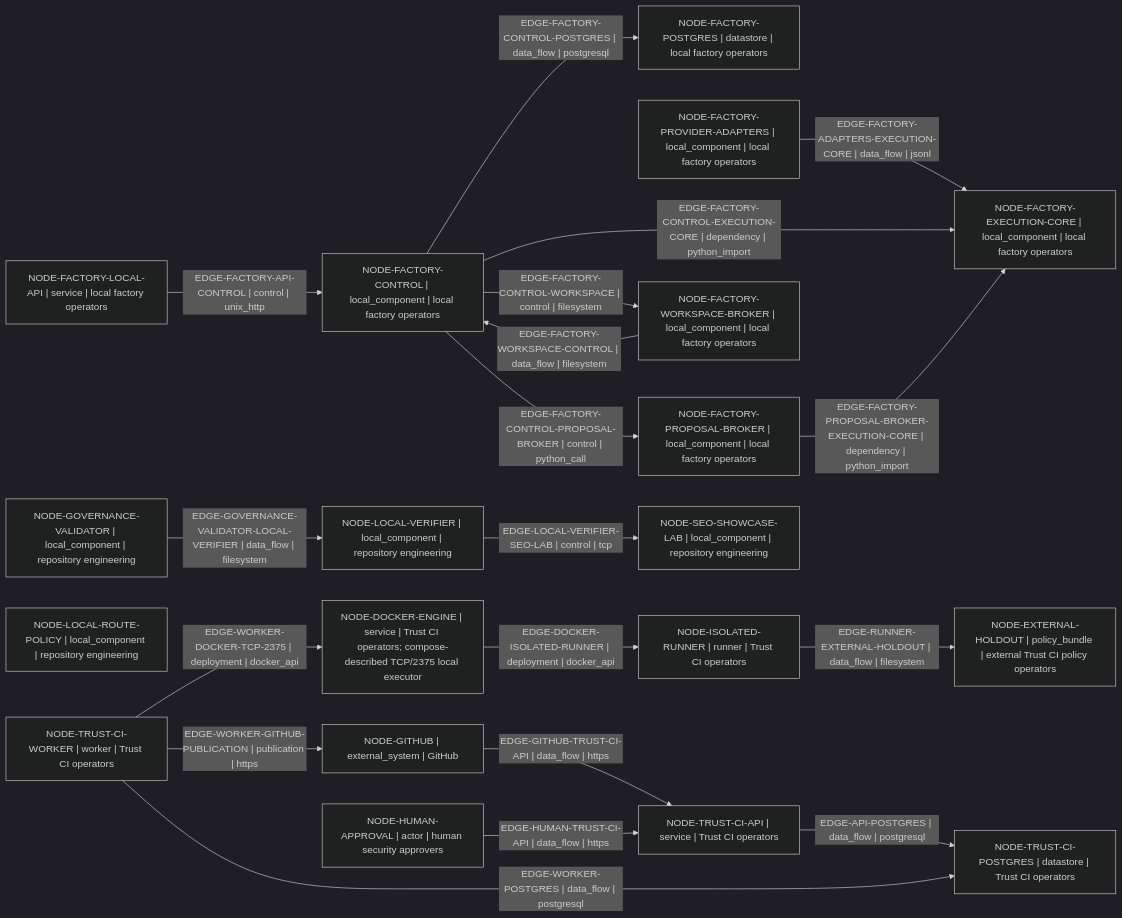
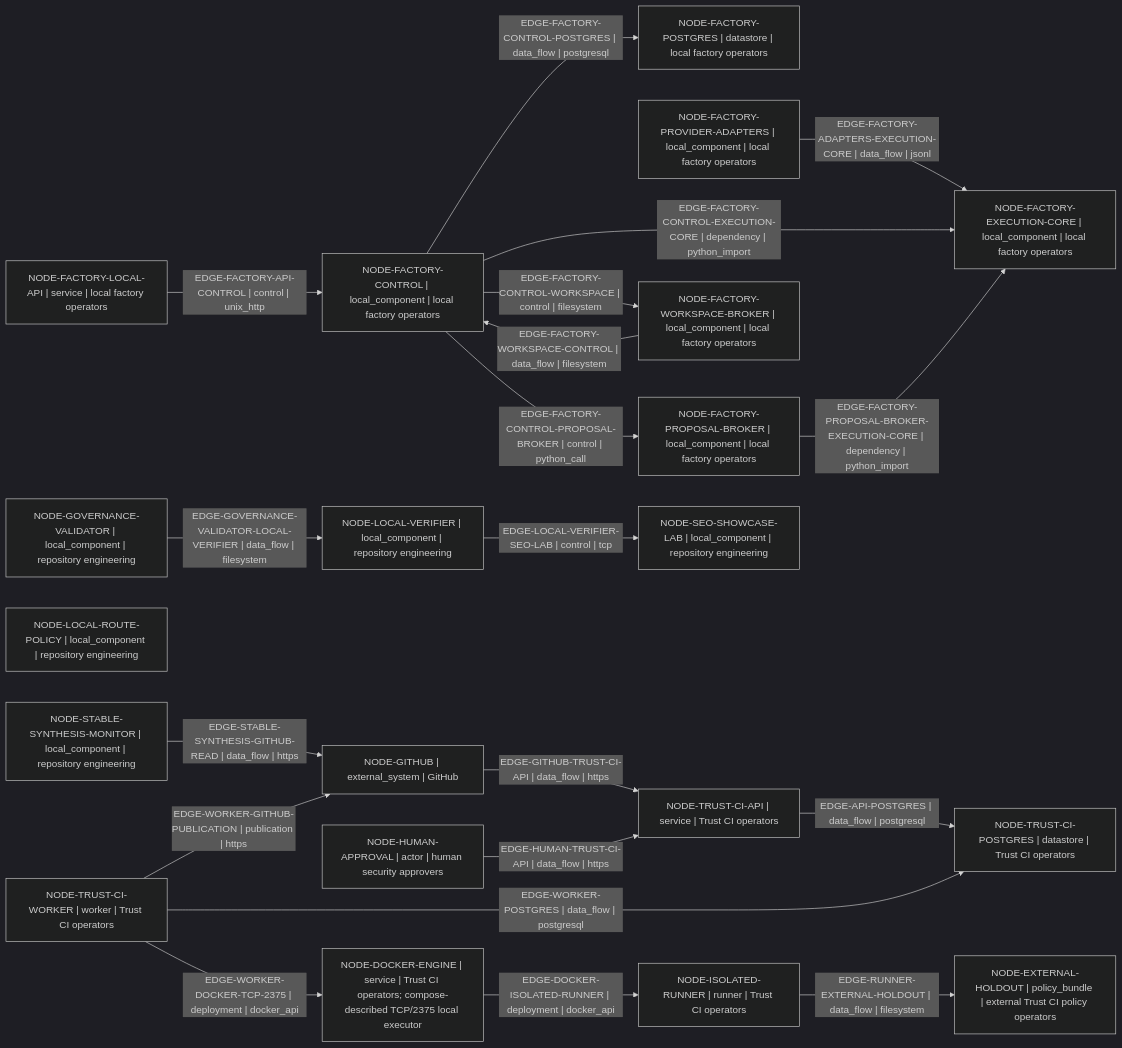
Before and after one commit to Dimkox/adaptive-grok-build-pro: the diagram in architecture/generated/deployment.mmd, drawn with Mermaid (dark theme). The commit also changed 27 other files, not shown here.

Commit message:
feat: add deterministic stable workflow synthesis

```diff
--- a/architecture/generated/deployment.mmd
+++ b/architecture/generated/deployment.mmd
@@ -1,38 +1,40 @@
 flowchart LR
   node_4e78270f61d78ed8["NODE-DOCKER-ENGINE | service | Trust CI operators; compose-described TCP/2375 local executor"]
   node_0a0fe2f046a648e9["NODE-EXTERNAL-HOLDOUT | policy_bundle | external Trust CI policy operators"]
   node_a6c166e55f8e1784["NODE-FACTORY-CONTROL | local_component | local factory operators"]
   node_0a087cfaed95a8ad["NODE-FACTORY-EXECUTION-CORE | local_component | local factory operators"]
   node_93915052ae8a2e67["NODE-FACTORY-LOCAL-API | service | local factory operators"]
   node_a77de286f8308fd4["NODE-FACTORY-POSTGRES | datastore | local factory operators"]
   node_21b552fdfa11f1c2["NODE-FACTORY-PROPOSAL-BROKER | local_component | local factory operators"]
   node_fae11f6a95d982dc["NODE-FACTORY-PROVIDER-ADAPTERS | local_component | local factory operators"]
   node_23f89cd7152cc030["NODE-FACTORY-WORKSPACE-BROKER | local_component | local factory operators"]
   node_8b8a8cd21b180532["NODE-GITHUB | external_system | GitHub"]
   node_23677f8757246623["NODE-GOVERNANCE-VALIDATOR | local_component | repository engineering"]
   node_e4e37173e410ad23["NODE-HUMAN-APPROVAL | actor | human security approvers"]
   node_1c3a10ba26a8e80d["NODE-ISOLATED-RUNNER | runner | Trust CI operators"]
   node_770cf3a1783e8525["NODE-LOCAL-ROUTE-POLICY | local_component | repository engineering"]
   node_23bed8fcbfc79861["NODE-LOCAL-VERIFIER | local_component | repository engineering"]
   node_d4421144c1dd4abe["NODE-SEO-SHOWCASE-LAB | local_component | repository engineering"]
+  node_3905a6d4c0daa763["NODE-STABLE-SYNTHESIS-MONITOR | local_component | repository engineering"]
   node_d0e570b2fbe52f98["NODE-TRUST-CI-API | service | Trust CI operators"]
   node_1a6c7efb2d08591b["NODE-TRUST-CI-POSTGRES | datastore | Trust CI operators"]
   node_070dda93443dcc1f["NODE-TRUST-CI-WORKER | worker | Trust CI operators"]
   node_d0e570b2fbe52f98 -->|"EDGE-API-POSTGRES | data_flow | postgresql"| node_1a6c7efb2d08591b
   node_4e78270f61d78ed8 -->|"EDGE-DOCKER-ISOLATED-RUNNER | deployment | docker_api"| node_1c3a10ba26a8e80d
   node_fae11f6a95d982dc -->|"EDGE-FACTORY-ADAPTERS-EXECUTION-CORE | data_flow | jsonl"| node_0a087cfaed95a8ad
   node_93915052ae8a2e67 -->|"EDGE-FACTORY-API-CONTROL | control | unix_http"| node_a6c166e55f8e1784
   node_a6c166e55f8e1784 -->|"EDGE-FACTORY-CONTROL-EXECUTION-CORE | dependency | python_import"| node_0a087cfaed95a8ad
   node_a6c166e55f8e1784 -->|"EDGE-FACTORY-CONTROL-POSTGRES | data_flow | postgresql"| node_a77de286f8308fd4
   node_a6c166e55f8e1784 -->|"EDGE-FACTORY-CONTROL-PROPOSAL-BROKER | control | python_call"| node_21b552fdfa11f1c2
   node_a6c166e55f8e1784 -->|"EDGE-FACTORY-CONTROL-WORKSPACE | control | filesystem"| node_23f89cd7152cc030
   node_21b552fdfa11f1c2 -->|"EDGE-FACTORY-PROPOSAL-BROKER-EXECUTION-CORE | dependency | python_import"| node_0a087cfaed95a8ad
   node_23f89cd7152cc030 -->|"EDGE-FACTORY-WORKSPACE-CONTROL | data_flow | filesystem"| node_a6c166e55f8e1784
   node_8b8a8cd21b180532 -->|"EDGE-GITHUB-TRUST-CI-API | data_flow | https"| node_d0e570b2fbe52f98
   node_23677f8757246623 -->|"EDGE-GOVERNANCE-VALIDATOR-LOCAL-VERIFIER | data_flow | filesystem"| node_23bed8fcbfc79861
   node_e4e37173e410ad23 -->|"EDGE-HUMAN-TRUST-CI-API | data_flow | https"| node_d0e570b2fbe52f98
   node_23bed8fcbfc79861 -->|"EDGE-LOCAL-VERIFIER-SEO-LAB | control | tcp"| node_d4421144c1dd4abe
   node_1c3a10ba26a8e80d -->|"EDGE-RUNNER-EXTERNAL-HOLDOUT | data_flow | filesystem"| node_0a0fe2f046a648e9
+  node_3905a6d4c0daa763 -->|"EDGE-STABLE-SYNTHESIS-GITHUB-READ | data_flow | https"| node_8b8a8cd21b180532
   node_070dda93443dcc1f -->|"EDGE-WORKER-DOCKER-TCP-2375 | deployment | docker_api"| node_4e78270f61d78ed8
   node_070dda93443dcc1f -->|"EDGE-WORKER-GITHUB-PUBLICATION | publication | https"| node_8b8a8cd21b180532
   node_070dda93443dcc1f -->|"EDGE-WORKER-POSTGRES | data_flow | postgresql"| node_1a6c7efb2d08591b
```
